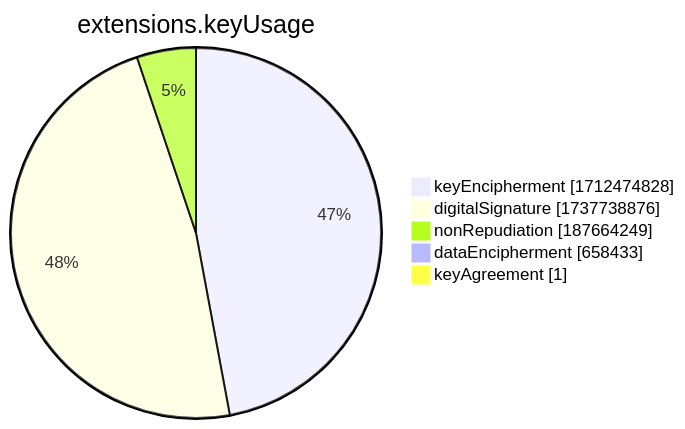
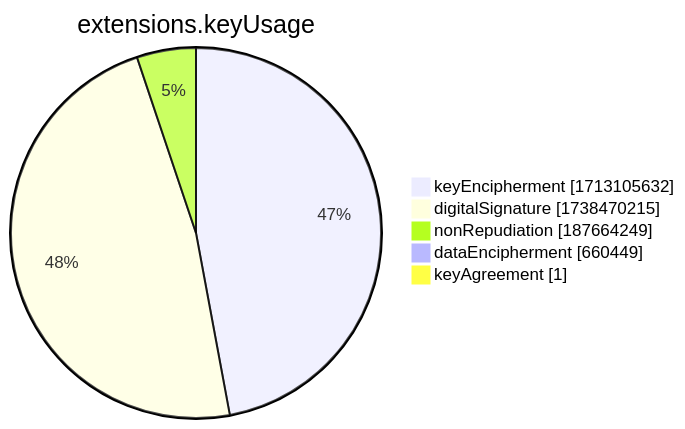
Before and after one commit to christiankrug/ctmonitor_visualization: the seventh of 15 diagrams in xenon2022/README.md, drawn with Mermaid. The commit also changed other lines of this file, not shown here.

````diff
--- a/xenon2022/README.md
+++ b/xenon2022/README.md
@@ -2858,9 +2858,9 @@
 ```mermaid
 pie showData
 title extensions.keyUsage
-"keyEncipherment" :1712474828
-"digitalSignature" :1737738876
+"keyEncipherment" :1713105632
+"digitalSignature" :1738470215
 "nonRepudiation" :187664249
-"dataEncipherment" :658433
+"dataEncipherment" :660449
 "keyAgreement" :1
 ```
````
